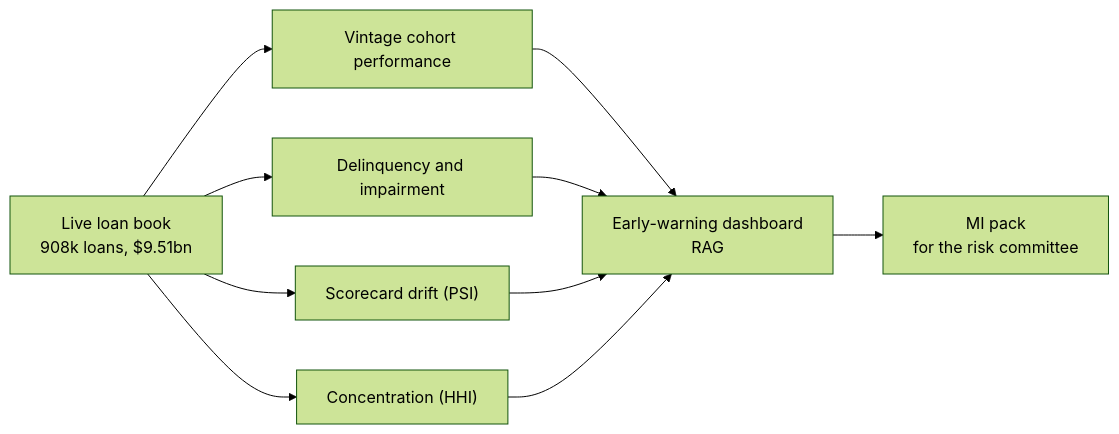
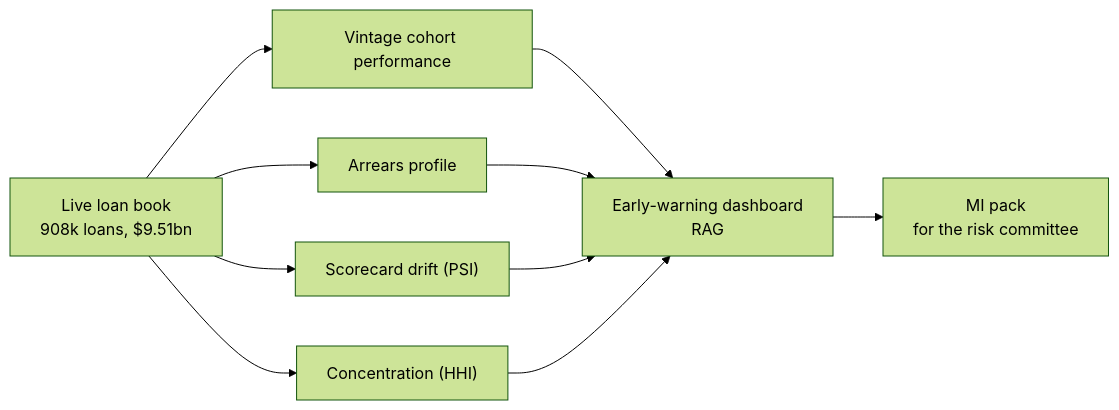
One commit to gbadedata/credit-risk-monitoring changed the diagram in README.md. Above: the diagram before and after it, drawn with Mermaid (forest theme). The commit also changed other lines of this file and 14 other files, not shown here.

````diff
--- a/README.md
+++ b/README.md
@@ -28,12 +30,12 @@
 ```mermaid
 flowchart LR
   A["Live loan book<br/>908k loans, $9.51bn"] --> B["Vintage cohort performance"]
-  A --> C["Delinquency and impairment"]
+  A --> C["Arrears profile"]
   A --> D["Scorecard drift (PSI)"]
   A --> E["Concentration (HHI)"]
   B --> F["Early-warning dashboard<br/>RAG"]
   C --> F
   D --> F
   E --> F
   F --> G["MI pack<br/>for the risk committee"]
 ```
````
